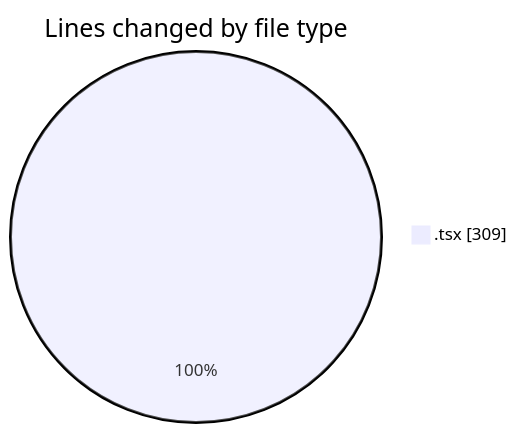
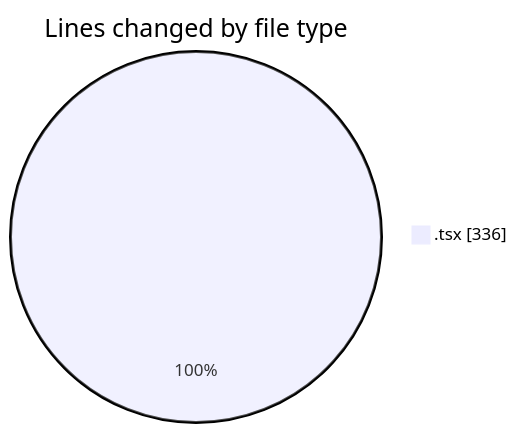
Before and after one commit to momahboobian/code-tracking: the first of 2 diagrams in 2025-03-20/cda/README.md, drawn with Mermaid. The commit also changed other lines of this file and 1 other file, not shown here.

````diff
--- a/2025-03-20/cda/README.md
+++ b/2025-03-20/cda/README.md
@@ -21,5 +21,5 @@
 ```mermaid
 pie showData
 title Lines changed by file type
-".tsx" : 309
+".tsx" : 336
 ```
````
